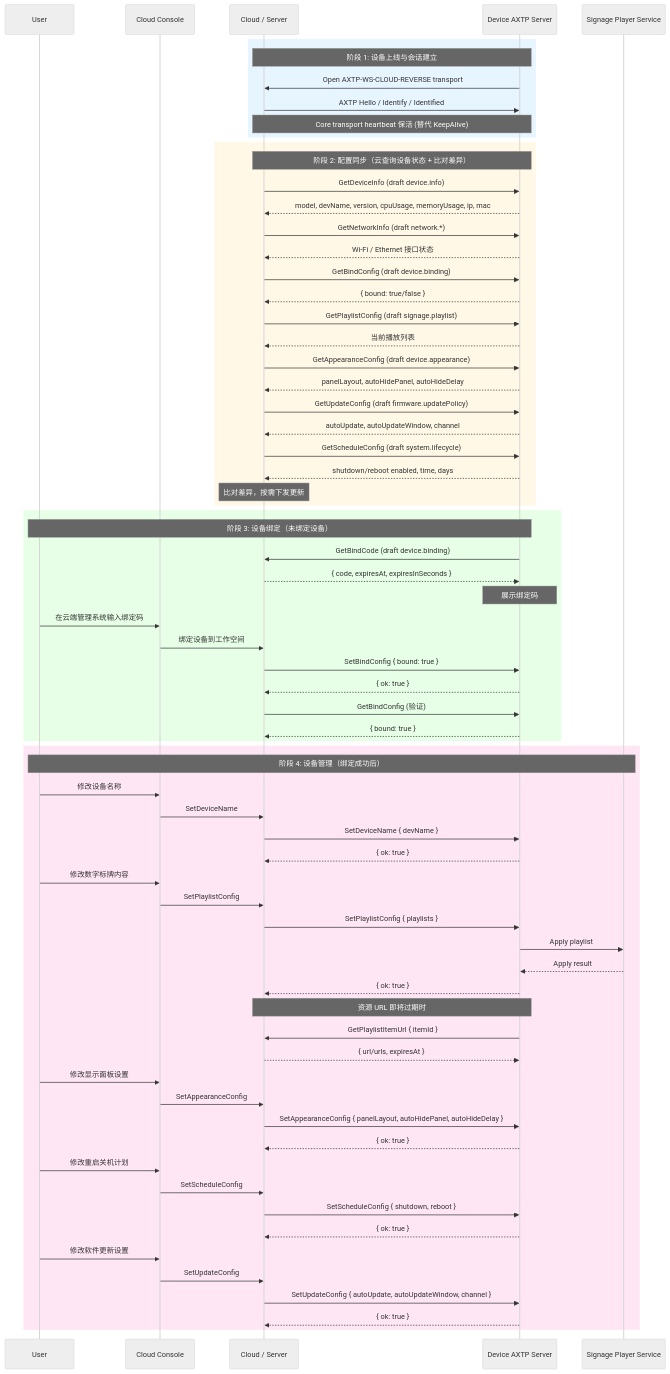
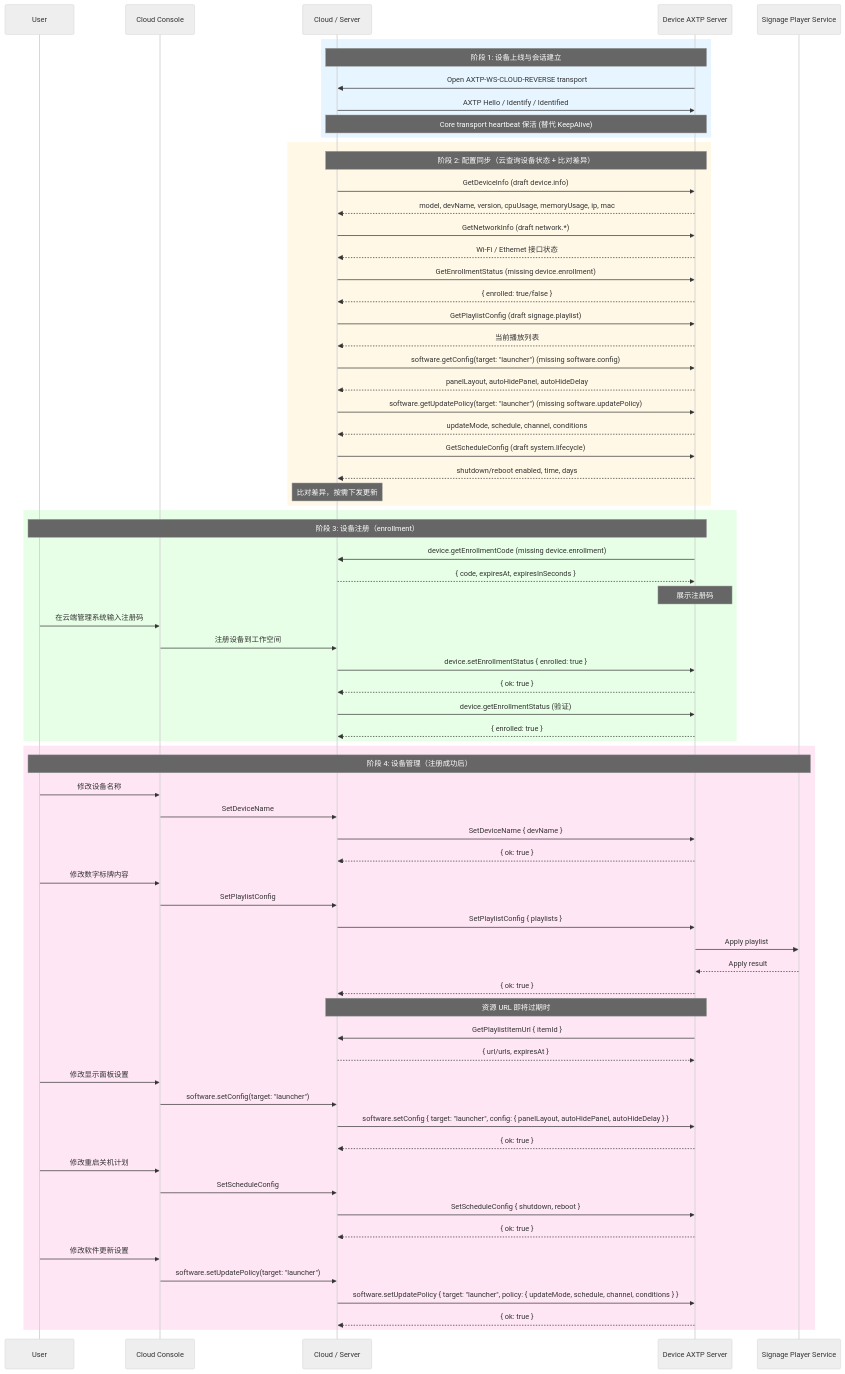
The diagram in docs/flows/signage-device-management.md (Mostorm-Labs/axtp), drawn with Mermaid (neutral theme) before and after one commit. The commit also changed other lines of this file and 8 other files, not shown here.

Commit message:
docs: refine device enrollment and introduce software domain protocol drafts

````diff
--- a/docs/flows/signage-device-management.md
+++ b/docs/flows/signage-device-management.md
@@ -89,81 +89,81 @@
 ```mermaid
 sequenceDiagram
     participant User
     participant Console as Cloud Console
     participant Cloud as Cloud / Server
     participant Device as Device AXTP Server
     participant Signage as Signage Player Service
 
     rect rgb(230, 245, 255)
         Note over Device,Cloud: 阶段 1: 设备上线与会话建立
         Device->>Cloud: Open AXTP-WS-CLOUD-REVERSE transport
         Cloud->>Device: AXTP Hello / Identify / Identified
         Note over Device,Cloud: Core transport heartbeat 保活 (替代 KeepAlive)
     end
 
     rect rgb(255, 248, 230)
         Note over Cloud,Device: 阶段 2: 配置同步（云查询设备状态 + 比对差异）
         Cloud->>Device: GetDeviceInfo (draft device.info)
         Device-->>Cloud: model, devName, version, cpuUsage, memoryUsage, ip, mac
         Cloud->>Device: GetNetworkInfo (draft network.*)
         Device-->>Cloud: Wi-Fi / Ethernet 接口状态
-        Cloud->>Device: GetBindConfig (draft device.binding)
-        Device-->>Cloud: { bound: true/false }
+        Cloud->>Device: GetEnrollmentStatus (missing device.enrollment)
+        Device-->>Cloud: { enrolled: true/false }
         Cloud->>Device: GetPlaylistConfig (draft signage.playlist)
         Device-->>Cloud: 当前播放列表
-        Cloud->>Device: GetAppearanceConfig (draft device.appearance)
+        Cloud->>Device: software.getConfig(target: "launcher") (missing software.config)
         Device-->>Cloud: panelLayout, autoHidePanel, autoHideDelay
-        Cloud->>Device: GetUpdateConfig (draft firmware.updatePolicy)
-        Device-->>Cloud: autoUpdate, autoUpdateWindow, channel
+        Cloud->>Device: software.getUpdatePolicy(target: "launcher") (missing software.updatePolicy)
+        Device-->>Cloud: updateMode, schedule, channel, conditions
         Cloud->>Device: GetScheduleConfig (draft system.lifecycle)
         Device-->>Cloud: shutdown/reboot enabled, time, days
         Note over Cloud: 比对差异，按需下发更新
     end
 
     rect rgb(230, 255, 230)
-        Note over User,Device: 阶段 3: 设备绑定（未绑定设备）
-        Device->>Cloud: GetBindCode (draft device.binding)
+        Note over User,Device: 阶段 3: 设备注册（enrollment）
+        Device->>Cloud: device.getEnrollmentCode (missing device.enrollment)
         Cloud-->>Device: { code, expiresAt, expiresInSeconds }
-        Note over Device: 展示绑定码
-        User->>Console: 在云端管理系统输入绑定码
-        Console->>Cloud: 绑定设备到工作空间
-        Cloud->>Device: SetBindConfig { bound: true }
+        Note over Device: 展示注册码
+        User->>Console: 在云端管理系统输入注册码
+        Console->>Cloud: 注册设备到工作空间
+        Cloud->>Device: device.setEnrollmentStatus { enrolled: true }
         Device-->>Cloud: { ok: true }
-        Cloud->>Device: GetBindConfig (验证)
-        Device-->>Cloud: { bound: true }
+        Cloud->>Device: device.getEnrollmentStatus (验证)
+        Device-->>Cloud: { enrolled: true }
     end
 
     rect rgb(255, 230, 245)
-        Note over User,Signage: 阶段 4: 设备管理（绑定成功后）
+        Note over User,Signage: 阶段 4: 设备管理（注册成功后）
         User->>Console: 修改设备名称
         Console->>Cloud: SetDeviceName
         Cloud->>Device: SetDeviceName { devName }
         Device-->>Cloud: { ok: true }
 
         User->>Console: 修改数字标牌内容
         Console->>Cloud: SetPlaylistConfig
         Cloud->>Device: SetPlaylistConfig { playlists }
         Device->>Signage: Apply playlist
         Signage-->>Device: Apply result
         Device-->>Cloud: { ok: true }
 
         Note over Device,Cloud: 资源 URL 即将过期时
         Device->>Cloud: GetPlaylistItemUrl { itemId }
         Cloud-->>Device: { url/urls, expiresAt }
 
         User->>Console: 修改显示面板设置
-        Console->>Cloud: SetAppearanceConfig
-        Cloud->>Device: SetAppearanceConfig { panelLayout, autoHidePanel, autoHideDelay }
+        Console->>Cloud: software.setConfig(target: "launcher")
+        Cloud->>Device: software.setConfig { target: "launcher", config: { panelLayout, autoHidePanel, autoHideDelay } }
         Device-->>Cloud: { ok: true }
 
         User->>Console: 修改重启关机计划
         Console->>Cloud: SetScheduleConfig
         Cloud->>Device: SetScheduleConfig { shutdown, reboot }
         Device-->>Cloud: { ok: true }
 
         User->>Console: 修改软件更新设置
-        Console->>Cloud: SetUpdateConfig
-        Cloud->>Device: SetUpdateConfig { autoUpdate, autoUpdateWindow, channel }
+        Console->>Cloud: software.setUpdatePolicy(target: "launcher")
+        Cloud->>Device: software.setUpdatePolicy { target: "launcher", policy: { updateMode, schedule, channel, conditions } }
         Device-->>Cloud: { ok: true }
     end
 ```
````
